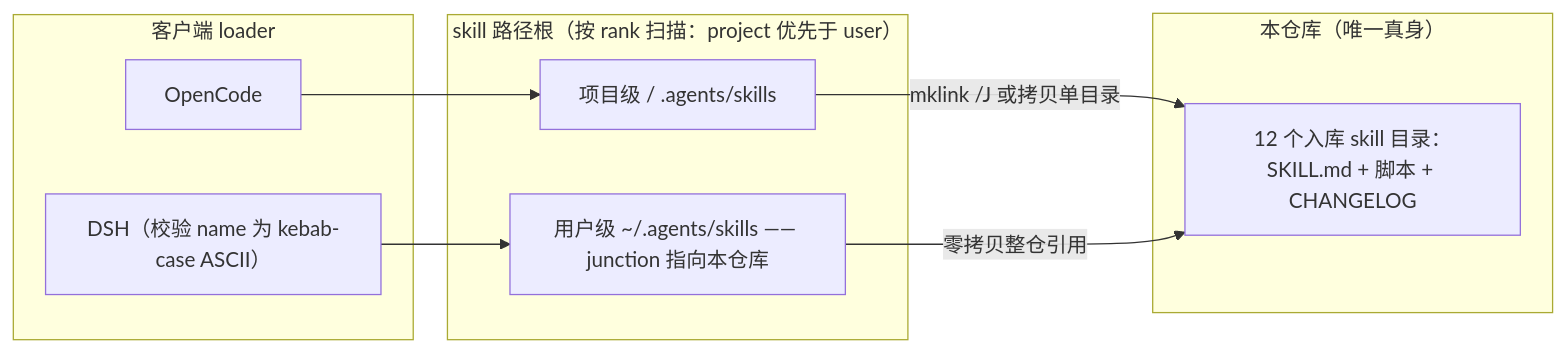
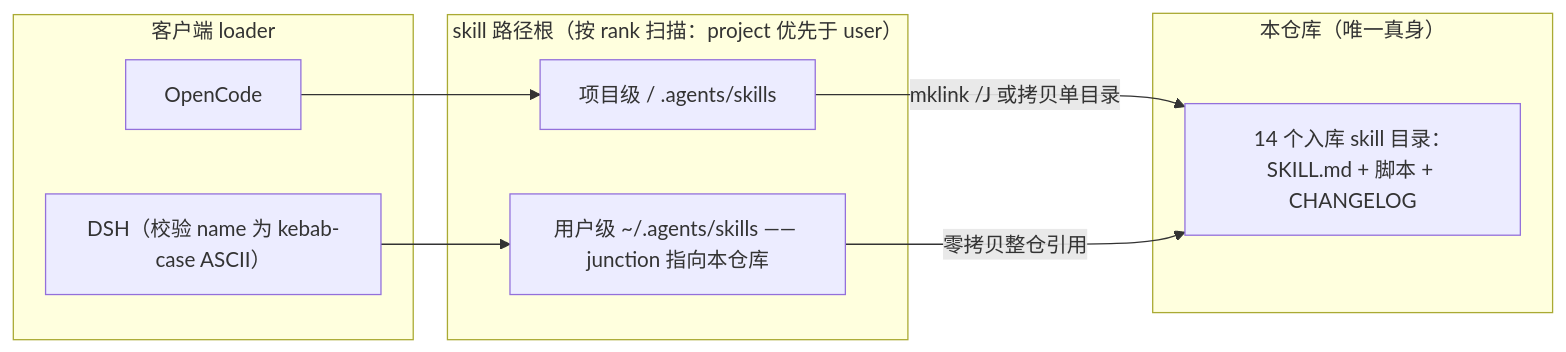
The diagram in README.md (lq700212/MachineVisionSkill), drawn with Mermaid before and after one commit. The commit also changed other lines of this file and 26 other files, not shown here.

````diff
--- a/README.md
+++ b/README.md
@@ -96,18 +96,18 @@
 ```mermaid
 graph LR
     subgraph G1["客户端 loader"]
         OC["OpenCode"]
         DSH["DSH（校验 name 为 kebab-case ASCII）"]
     end
     subgraph G2["skill 路径根（按 rank 扫描：project 优先于 user）"]
         PR["项目级 / .agents/skills"]
         UR["用户级 ~/.agents/skills —— junction 指向本仓库"]
     end
     subgraph G3["本仓库（唯一真身）"]
-        SK["12 个入库 skill 目录：SKILL.md + 脚本 + CHANGELOG"]
+        SK["14 个入库 skill 目录：SKILL.md + 脚本 + CHANGELOG"]
     end
     OC --> PR
     DSH --> UR
     PR -- "mklink /J 或拷贝单目录" --> SK
     UR -- "零拷贝整仓引用" --> SK
 ```
````
